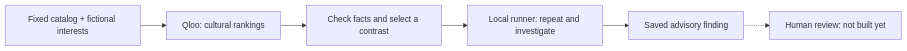
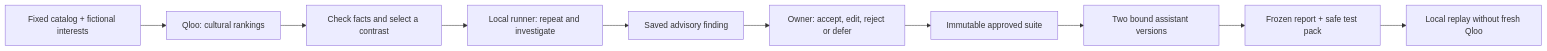
The first of 2 diagrams in README.md (CryptoZephyr/tastecase), drawn with Mermaid before and after one commit. The commit also changed other lines of this file and 35 other files, not shown here.

First line of the commit message:
Add review suites, comparison and pinned replay (#2)

````diff
--- a/README.md
+++ b/README.md
@@ -34,8 +38,12 @@
 ```mermaid
 flowchart LR
   Input["Fixed catalog + fictional interests"] --> Qloo["Qloo: cultural rankings"]
   Qloo --> Case["Check facts and select a contrast"]
   Case --> Runner["Local runner: repeat and investigate"]
   Runner --> Finding["Saved advisory finding"]
-  Finding -.-> Review["Human review: not built yet"]
+  Finding --> Review["Owner: accept, edit, reject or defer"]
+  Review --> Suite["Immutable approved suite"]
+  Suite --> Compare["Two bound assistant versions"]
+  Compare --> Export["Frozen report + safe test pack"]
+  Export --> Replay["Local replay without fresh Qloo"]
 ```
````
